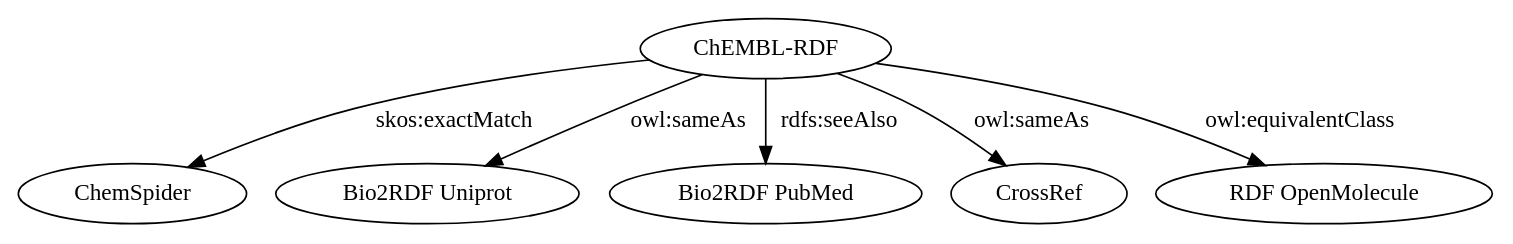
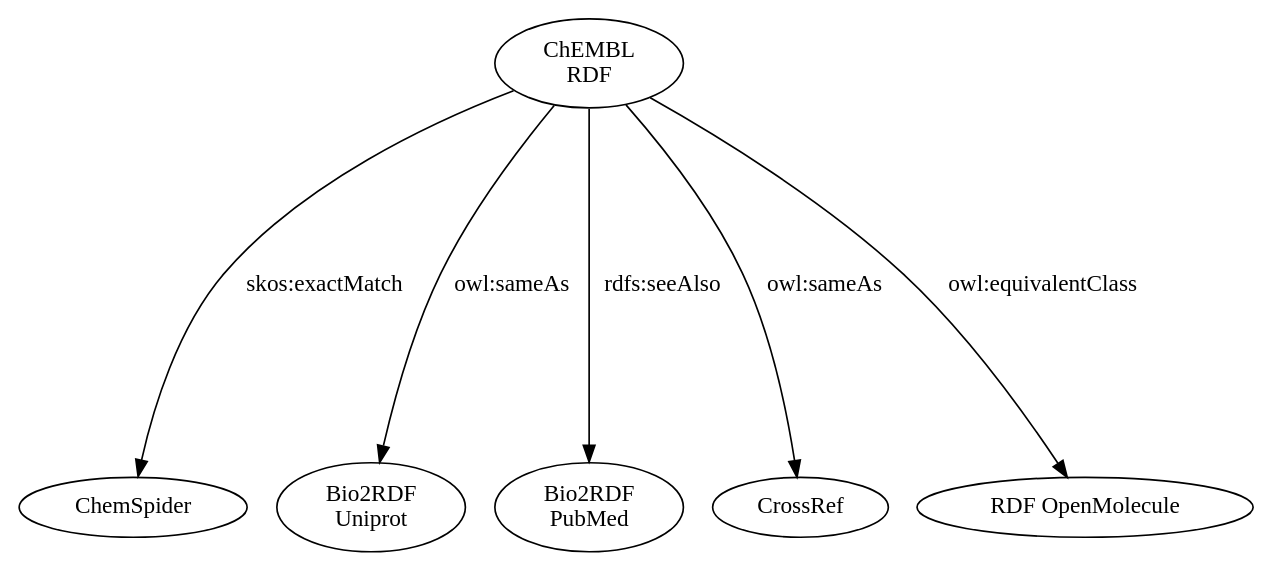
One commit to egonw/chembl-rdf-paper changed the diagram in figs/lodgraph.dot. Above: the diagram before and after it, drawn with Graphviz. The commit also changed 1 other file, not shown here.

```diff
--- a/figs/lodgraph.dot
+++ b/figs/lodgraph.dot
@@ -1,19 +1,21 @@
 
 digraph G {
 
-  center=""
+  root = chembl ;
+  overlap = false ;
+  ranksep = 2.75 ;
 
-  chembl [label="ChEMBL-RDF"];
+  chembl [label="ChEMBL\nRDF"];
   chemspider [label="ChemSpider"];
-  bio2rdfuniprot [label="Bio2RDF Uniprot"];
-  bio2rdfpubmed [label="Bio2RDF PubMed"];
+  bio2rdfuniprot [label="Bio2RDF\nUniprot"];
+  bio2rdfpubmed [label="Bio2RDF\nPubMed"];
   crossref [label="CrossRef"];
   ron [label="RDF OpenMolecule"];
 
   chembl -> chemspider [label="skos:exactMatch"];
   chembl -> bio2rdfuniprot [label="owl:sameAs"];
   chembl -> bio2rdfpubmed [label="rdfs:seeAlso"];
   chembl -> crossref [label="owl:sameAs"];
   chembl -> ron [label="owl:equivalentClass"];
 
 }
```
